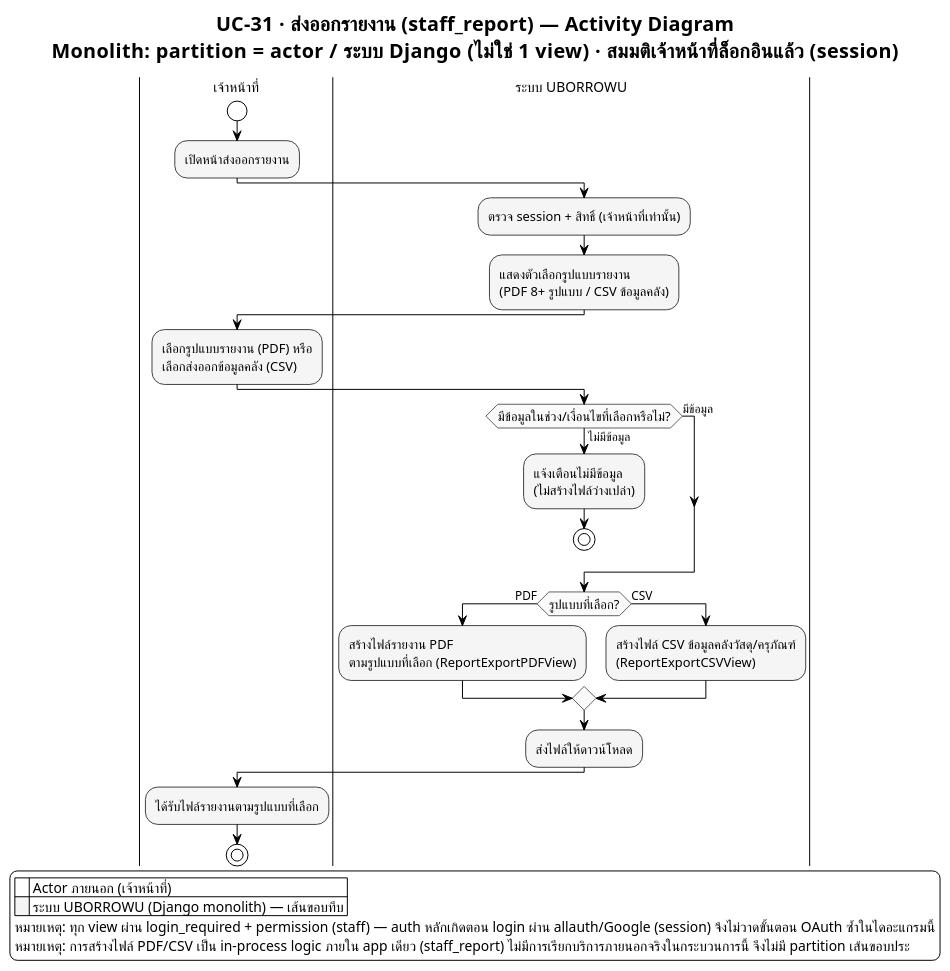
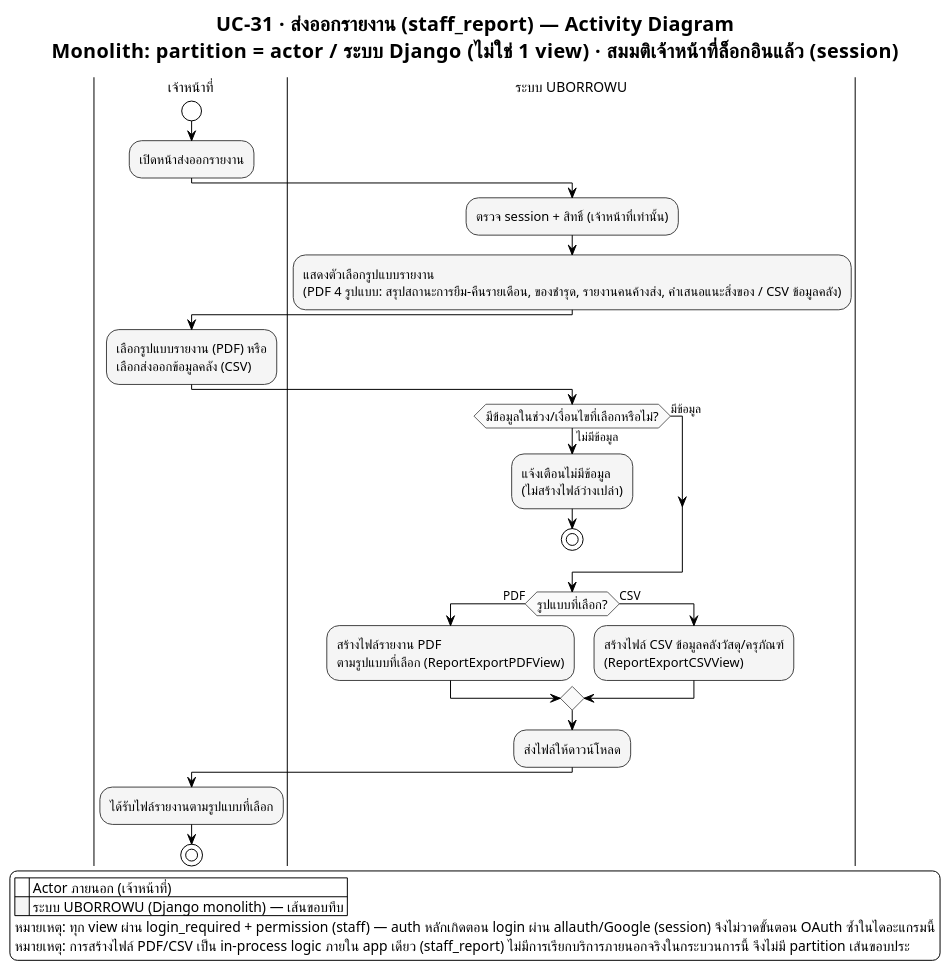
One commit to patlnwza-007/project-2569 changed the diagram in proposal/usecase/activity_module9_uc31.puml. Above: the diagram before and after it, drawn with PlantUML. The commit also changed 23 other files, not shown here.

```diff
--- a/proposal/usecase/activity_module9_uc31.puml
+++ b/proposal/usecase/activity_module9_uc31.puml
@@ -1,82 +1,82 @@
 @startuml activity_module9_uc31
 ' ══════════════════════════════════════════════════════════════════
 ' รองรับภาษาไทย — อ่านก่อน render:
 ' 1. บันทึกไฟล์นี้เป็น UTF-8 (ไม่ต้องมี BOM) เสมอ
 ' 2. ถ้า render ผ่าน CLI (plantuml.jar) ต้องระบุ flag encoding ด้วย:
 '      java -Dfile.encoding=UTF-8 -jar plantuml.jar -charset UTF-8 activity_staff_report_UC31_export_report.puml
 ' 3. บังคับใช้ Smetana (pure-Java layout engine) แทน Graphviz/dot
 '    เพราะ Graphviz บางระบบ (โดยเฉพาะ Windows) อ่าน UTF-8 ไม่ตรง ทำให้ตัวอักษรไทยเพี้ยน/หาย
 !pragma layout smetana
 ' 4. ฟอนต์ที่มีสระ/วรรณยุกต์ไทยครบและ render ผ่าน Java ได้เสถียร
 '    - Windows: "TH Sarabun New" (ฟอนต์มาตรฐานราชการ) หรือ "Tahoma" (มากับเครื่องอยู่แล้ว)
 '    - Linux / PlantUML online server: เปลี่ยนเป็น "Noto Sans Thai" หรือ "Loma"
 skinparam defaultFontName "TH Sarabun New"
 skinparam defaultFontSize 14
 ' ══════════════════════════════════════════════════════════════════
 
 !theme plain
 skinparam titleFontName "TH Sarabun New"
 skinparam titleFontSize 20
 skinparam noteFontName "TH Sarabun New"
 skinparam ArrowFontName "TH Sarabun New"
 skinparam ArrowFontSize 12
 skinparam swimlaneTitleFontName "TH Sarabun New"
 skinparam swimlaneTitleFontSize 14
 
 ' ===== Monochrome เท่านั้น — ห้ามให้แต่ละ partition มีสีต่างกัน =====
 skinparam activity {
   BackgroundColor #F5F5F5
   BorderColor #424242
   FontName "TH Sarabun New"
   FontSize 13
   DiamondBackgroundColor #FAFAFA
   DiamondBorderColor #616161
 }
 skinparam partition {
   BackgroundColor #FAFAFA
   BorderColor #424242
 }
 
 title UC-31 · ส่งออกรายงาน (staff_report) — Activity Diagram\nMonolith: partition = actor / ระบบ Django (ไม่ใช่ 1 view) · สมมติเจ้าหน้าที่ล็อกอินแล้ว (session)
 
 ' ===== Actor ภายนอก (human) ที่ริเริ่มกระบวนการ =====
 ' หมายเหตุ: สมมติว่าเจ้าหน้าที่ login แล้ว (session ผ่าน allauth) — ไม่ต้องวาด OAuth ซ้ำใน flow นี้
 |เจ้าหน้าที่|
 start
 :เปิดหน้าส่งออกรายงาน;
 
 |ระบบ UBORROWU|
 :ตรวจ session + สิทธิ์ (เจ้าหน้าที่เท่านั้น);
-:แสดงตัวเลือกรูปแบบรายงาน\n(PDF 8+ รูปแบบ / CSV ข้อมูลคลัง);
+:แสดงตัวเลือกรูปแบบรายงาน\n(PDF 4 รูปแบบ: สรุปสถานะการยืม-คืนรายเดือน, ของชำรุด, รายงานคนค้างส่ง, คำเสนอแนะสิ่งของ / CSV ข้อมูลคลัง);
 
 |เจ้าหน้าที่|
 :เลือกรูปแบบรายงาน (PDF) หรือ\nเลือกส่งออกข้อมูลคลัง (CSV);
 
 |ระบบ UBORROWU|
 if (มีข้อมูลในช่วง/เงื่อนไขที่เลือกหรือไม่?) then (ไม่มีข้อมูล)
   :แจ้งเตือนไม่มีข้อมูล\n(ไม่สร้างไฟล์ว่างเปล่า);
   stop
 else (มีข้อมูล)
 endif
 
 if (รูปแบบที่เลือก?) then (PDF)
   :สร้างไฟล์รายงาน PDF\nตามรูปแบบที่เลือก (ReportExportPDFView);
 else (CSV)
   :สร้างไฟล์ CSV ข้อมูลคลังวัสดุ/ครุภัณฑ์\n(ReportExportCSVView);
 endif
 
 :ส่งไฟล์ให้ดาวน์โหลด;
 
 |เจ้าหน้าที่|
 :ได้รับไฟล์รายงานตามรูปแบบที่เลือก;
 
 stop
 
 legend right
   |<back:white>    </back>| Actor ภายนอก (เจ้าหน้าที่) |
   |<back:#F5F5F5>    </back>| ระบบ UBORROWU (Django monolith) — เส้นขอบทึบ |
   หมายเหตุ: ทุก view ผ่าน login_required + permission (staff) — auth หลักเกิดตอน login ผ่าน allauth/Google (session) จึงไม่วาดขั้นตอน OAuth ซ้ำในไดอะแกรมนี้
   หมายเหตุ: การสร้างไฟล์ PDF/CSV เป็น in-process logic ภายใน app เดียว (staff_report) ไม่มีการเรียกบริการภายนอกจริงในกระบวนการนี้ จึงไม่มี partition เส้นขอบประ
 endlegend
 
 @enduml
```
